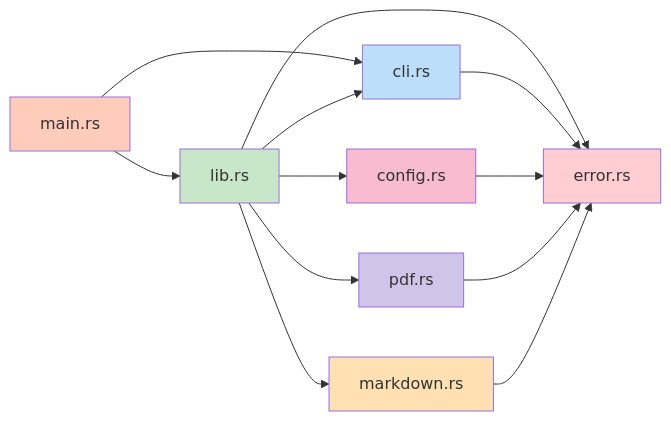
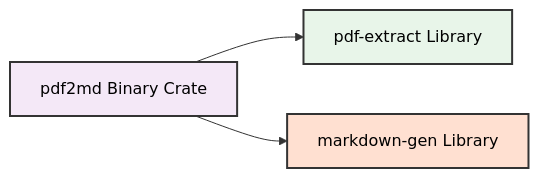
One commit to softwarewrighter/pdf2md changed the second of 8 diagrams in wiki/Architecture-Diagrams.md. Above: the diagram before and after it, drawn with Mermaid. The commit also changed other lines of this file and 12 other files, not shown here.

First line of the commit message:
docs: update wiki and docs for workspace architecture

````diff
--- a/wiki/Architecture-Diagrams.md
+++ b/wiki/Architecture-Diagrams.md
@@ -71,22 +84,14 @@
 ```mermaid
+%%{init: {'theme':'base', 'themeVariables': {'primaryColor':'#f5f5f5','primaryTextColor':'#000','primaryBorderColor':'#333','lineColor':'#333','secondaryColor':'#f5f5f5','tertiaryColor':'#f5f5f5'}}}%%
 graph LR
-    A[main.rs] --> B[lib.rs]
-    A --> C[cli.rs]
-    B --> C
-    B --> D[config.rs]
-    B --> E[pdf.rs]
-    B --> F[markdown.rs]
-    B --> G[error.rs]
-    C --> G
-    D --> G
-    E --> G
-    F --> G
+    A[pdf2md Binary Crate]
+    B[pdf-extract Library]
+    C[markdown-gen Library]
 
-    style A fill:#ffccbc
-    style B fill:#c8e6c9
-    style C fill:#bbdefb
-    style D fill:#f8bbd0
-    style E fill:#d1c4e9
-    style F fill:#ffe0b2
-    style G fill:#ffcdd2
+    A --> B
+    A --> C
+
+    style A fill:#f4e8f7,stroke:#333,stroke-width:2px,color:#000
+    style B fill:#e8f5e9,stroke:#333,stroke-width:2px,color:#000
+    style C fill:#ffe0d1,stroke:#333,stroke-width:2px,color:#000
 ```
````
